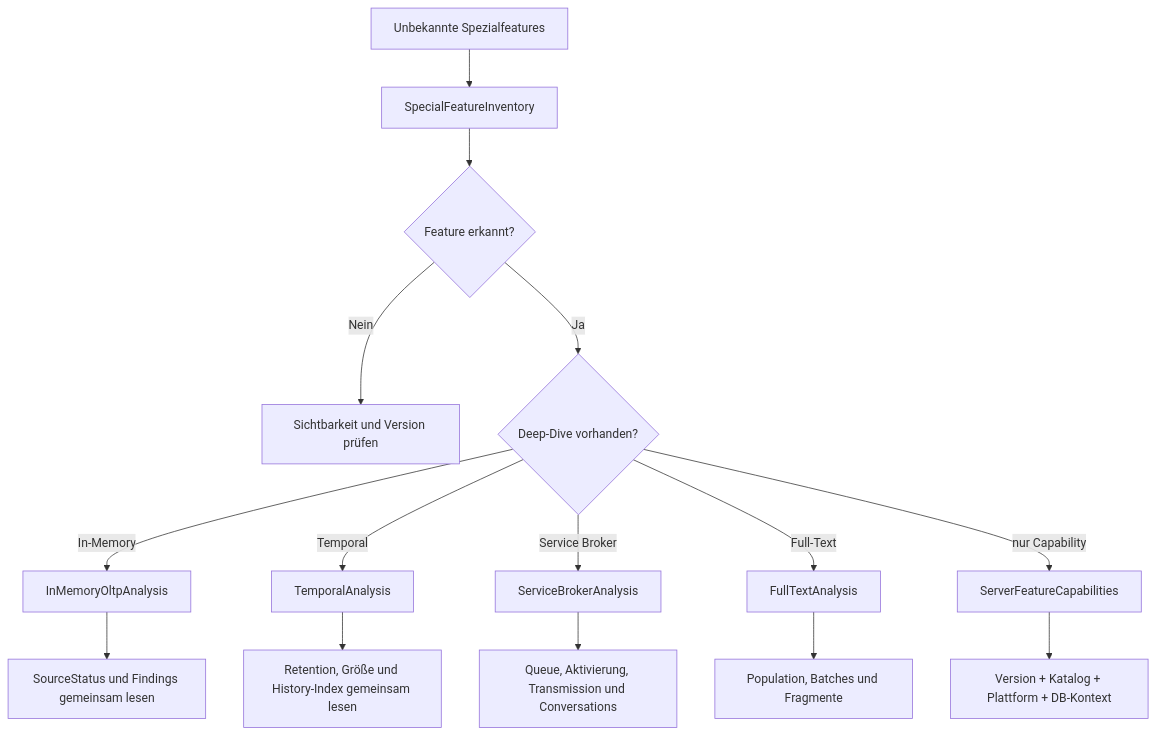
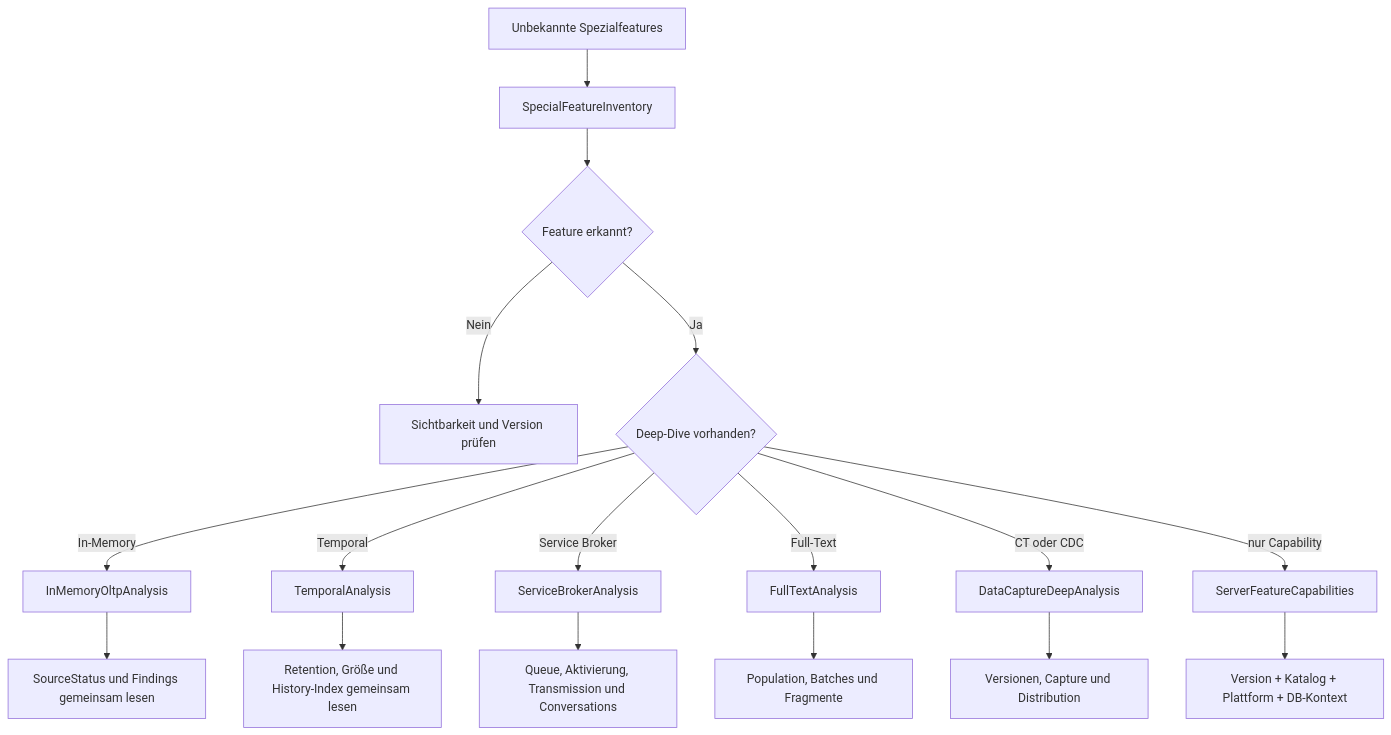
The diagram in Documentation/Analysis_Guides/09_Version_Adaptive.md (gecompat/SQL_Server_Analyze), drawn with Mermaid before and after one commit. The commit also changed other lines of this file and 36 other files, not shown here.

Commit message:
Ergänzt die Data-Capture- und Replikations-Tiefenanalyse

````diff
--- a/Documentation/Analysis_Guides/09_Version_Adaptive.md
+++ b/Documentation/Analysis_Guides/09_Version_Adaptive.md
@@ -524,17 +582,19 @@
 ```mermaid
 flowchart TD
     A[Unbekannte Spezialfeatures] --> B[SpecialFeatureInventory]
     B --> C{Feature erkannt?}
     C -->|Nein| D[Sichtbarkeit und Version prüfen]
     C -->|Ja| E{Deep-Dive vorhanden?}
     E -->|In-Memory| F[InMemoryOltpAnalysis]
     E -->|Temporal| G[TemporalAnalysis]
     E -->|Service Broker| H[ServiceBrokerAnalysis]
     E -->|Full-Text| N[FullTextAnalysis]
+    E -->|CT oder CDC| P[DataCaptureDeepAnalysis]
     E -->|nur Capability| L[ServerFeatureCapabilities]
     F --> I[SourceStatus und Findings gemeinsam lesen]
     G --> J[Retention, Größe und History-Index gemeinsam lesen]
     H --> K[Queue, Aktivierung, Transmission und Conversations]
     N --> O[Population, Batches und Fragmente]
+    P --> Q[Versionen, Capture und Distribution]
     L --> M[Version + Katalog + Plattform + DB-Kontext]
 ```
````
